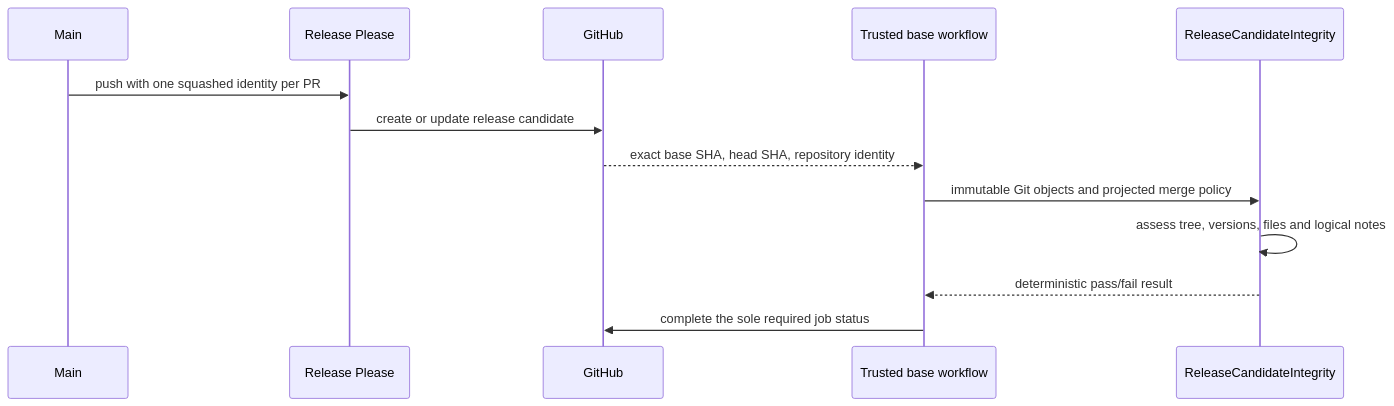
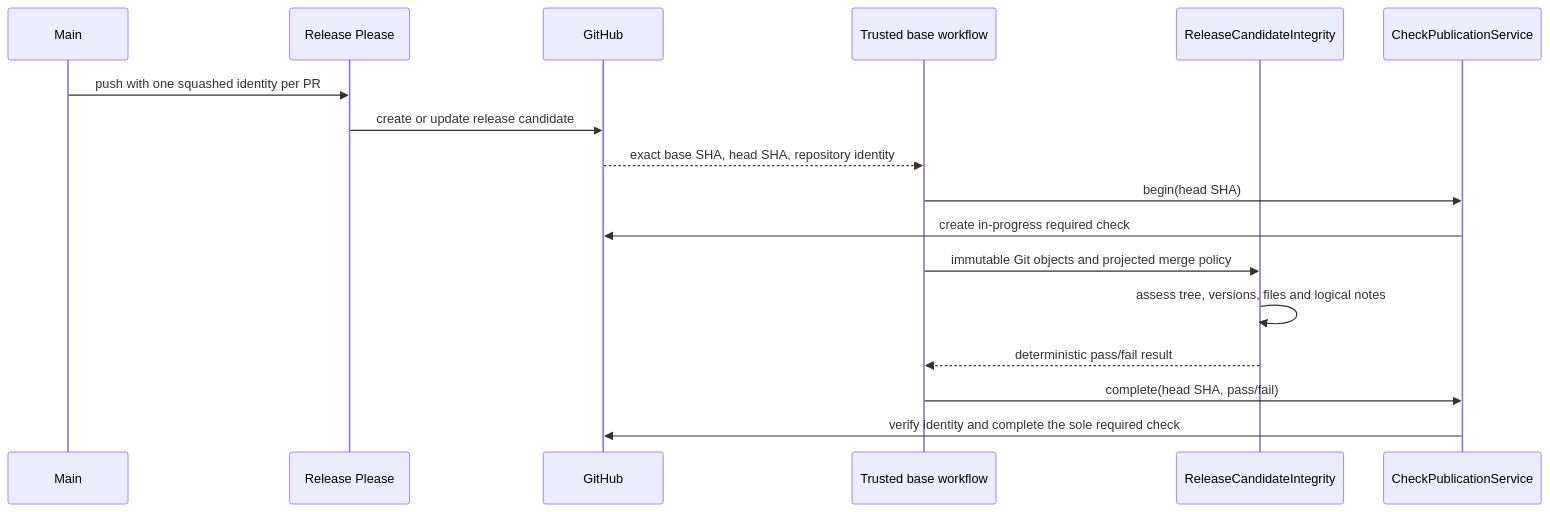
The fourth of 4 diagrams in docs/architecture/components/ci-governance/ci-delivery-governance-component.md (dunay2/dvt), drawn with Mermaid before and after one commit. The commit also changed other lines of this file and 8 other files, not shown here.

````diff
--- a/docs/architecture/components/ci-governance/ci-delivery-governance-component.md
+++ b/docs/architecture/components/ci-governance/ci-delivery-governance-component.md
@@ -134,16 +136,20 @@
 ```mermaid
 sequenceDiagram
   participant Main
   participant RP as Release Please
   participant GitHub
   participant Workflow as Trusted base workflow
   participant Gate as ReleaseCandidateIntegrity
+  participant Publisher as CheckPublicationService
 
   Main->>RP: push with one squashed identity per PR
   RP->>GitHub: create or update release candidate
   GitHub-->>Workflow: exact base SHA, head SHA, repository identity
+  Workflow->>Publisher: begin(head SHA)
+  Publisher->>GitHub: create in-progress required check
   Workflow->>Gate: immutable Git objects and projected merge policy
   Gate->>Gate: assess tree, versions, files and logical notes
   Gate-->>Workflow: deterministic pass/fail result
-  Workflow->>GitHub: complete the sole required job status
+  Workflow->>Publisher: complete(head SHA, pass/fail)
+  Publisher->>GitHub: verify identity and complete the sole required check
 ```
````
